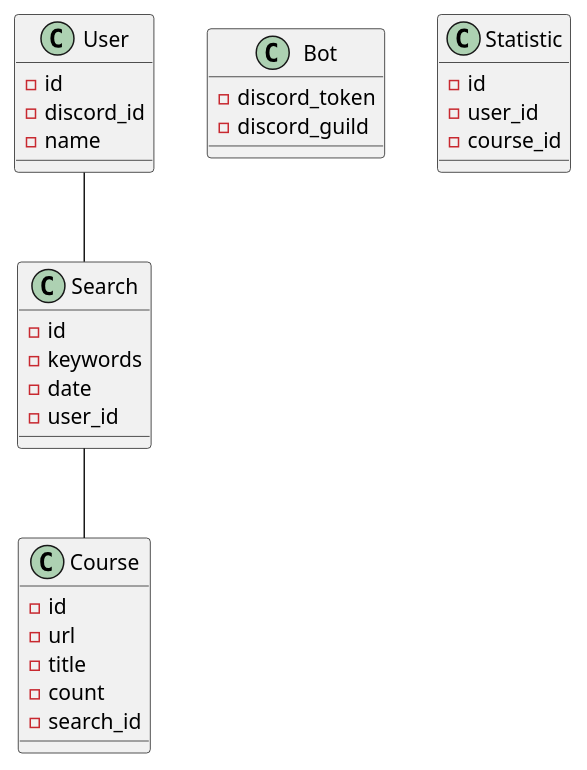
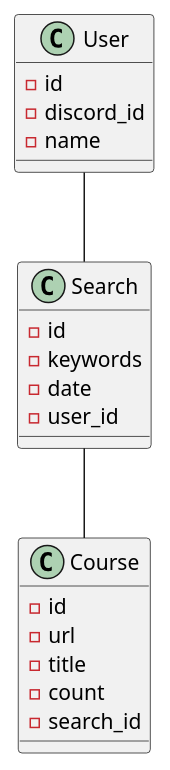
The diagram in docs/diagrama_de_clases.puml (j0k3rD/Bot_Courses_UM), drawn with PlantUML before and after one commit. The commit also changed 7 other files, not shown here.

Commit message:
created sequence diagrams

```diff
--- a/docs/diagrama_de_clases.puml
+++ b/docs/diagrama_de_clases.puml
@@ -1,38 +1,27 @@
 @startuml:
 class User {
     - id
     - discord_id
     - name 
 }
  class Search{
     - id
     - keywords
     - date
     - user_id
 
  }
 
  class Course{
     - id
     - url
     - title
     - count
     - search_id
 }
 
-class Bot{
-    - discord_token
-    - discord_guild
-}
-
-class Statistic{
-    - id
-    - user_id
-    - course_id
-}
-
 User -- Search
 Search -- Course
 
 
 @enduml
```
